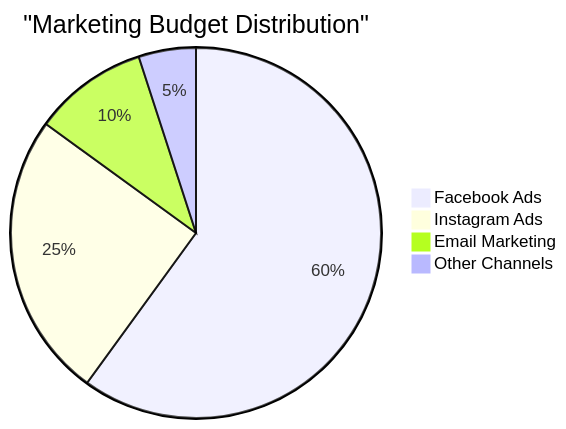
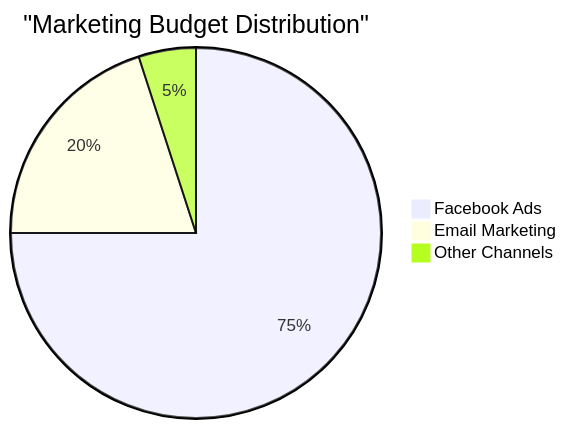
One commit to pavankakarrot/my-portfolio-website changed the fourth of 14 diagrams in content/projects/shopify/Index.md. Above: the diagram before and after it, drawn with Mermaid. The commit also changed other lines of this file, not shown here.

````diff
--- a/content/projects/shopify/Index.md
+++ b/content/projects/shopify/Index.md
@@ -184,7 +209,6 @@
 ```mermaid
 pie title "Marketing Budget Distribution"
-    "Facebook Ads" : 60
-    "Instagram Ads" : 25
-    "Email Marketing" : 10
+    "Facebook Ads" : 75
+    "Email Marketing" : 20
     "Other Channels" : 5
 ```
````
